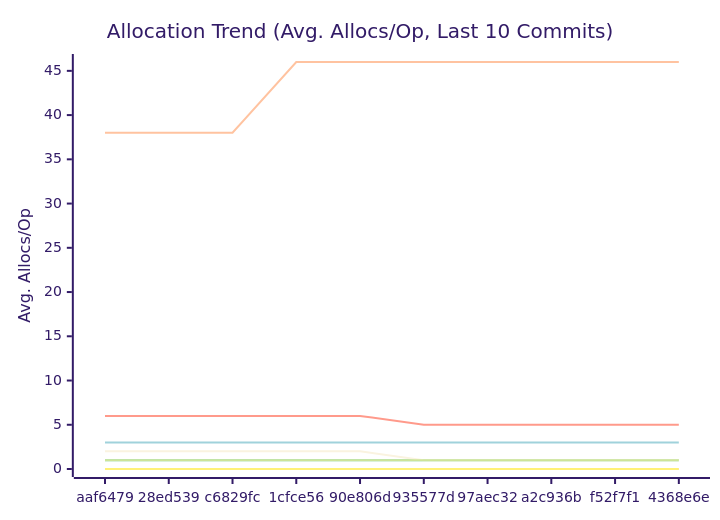
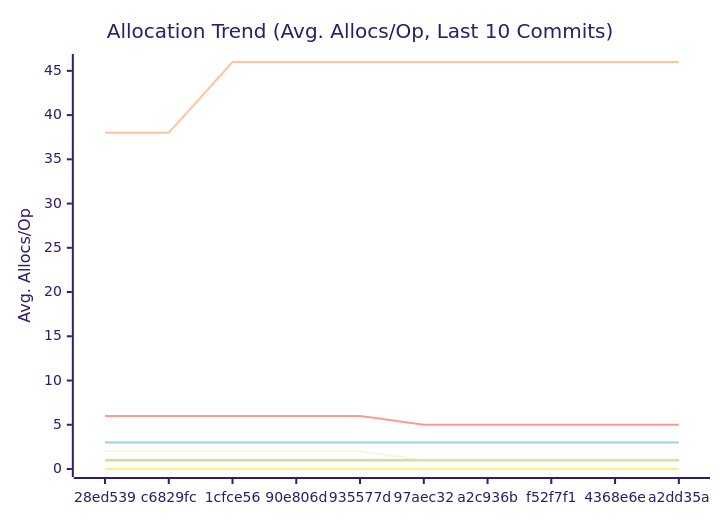
Before and after one commit to alsotoes/momo: the third of 3 diagrams in docs/PERFORMANCE.md, drawn with Mermaid (forest theme). The commit also changed other lines of this file and 11 other files, not shown here.

````diff
--- a/docs/PERFORMANCE.md
+++ b/docs/PERFORMANCE.md
@@ -176,18 +176,18 @@
 ```mermaid
 xychart-beta
     title "Allocation Trend (Avg. Allocs/Op, Last 10 Commits)"
     x-axis "Commit"
     y-axis "Avg. Allocs/Op"
-    x-axis [aaf6479,28ed539,c6829fc,1cfce56,90e806d,935577d,97aec32,a2c936b,f52f7f1,4368e6e]
+    x-axis [28ed539,c6829fc,1cfce56,90e806d,935577d,97aec32,a2c936b,f52f7f1,4368e6e,a2dd35a]
     line "CheckMetricsAndSwap" [0,0,0,0,0,0,0,0,0,0]
     line "CrushOptimized" [0,0,0,0,0,0,0,0,0,0]
     line "CrushOriginal" [3,3,3,3,3,3,3,3,3,3]
     line "IndexDirectTracking" [0,0,0,0,0,0,0,0,0,0]
     line "IndexSearch" [0,0,0,0,0,0,0,0,0,0]
-    line "LoadGlobalConfig" [38,38,38,46,46,46,46,46,46,46]
+    line "LoadGlobalConfig" [38,38,46,46,46,46,46,46,46,46]
     line "PadString" [1,1,1,1,1,1,1,1,1,1]
     line "ParseReplicationOrder_NoPrealloc" [6,6,6,6,6,5,5,5,5,5]
     line "ParseReplicationOrder_Prealloc" [2,2,2,2,2,1,1,1,1,1]
     line "SanitizeLog/Safe" [0,0,0,0,0,0,0,0,0,0]
     line "SanitizeLog/Unsafe" [1,1,1,1,1,1,1,1,1,1]
 ```
````
